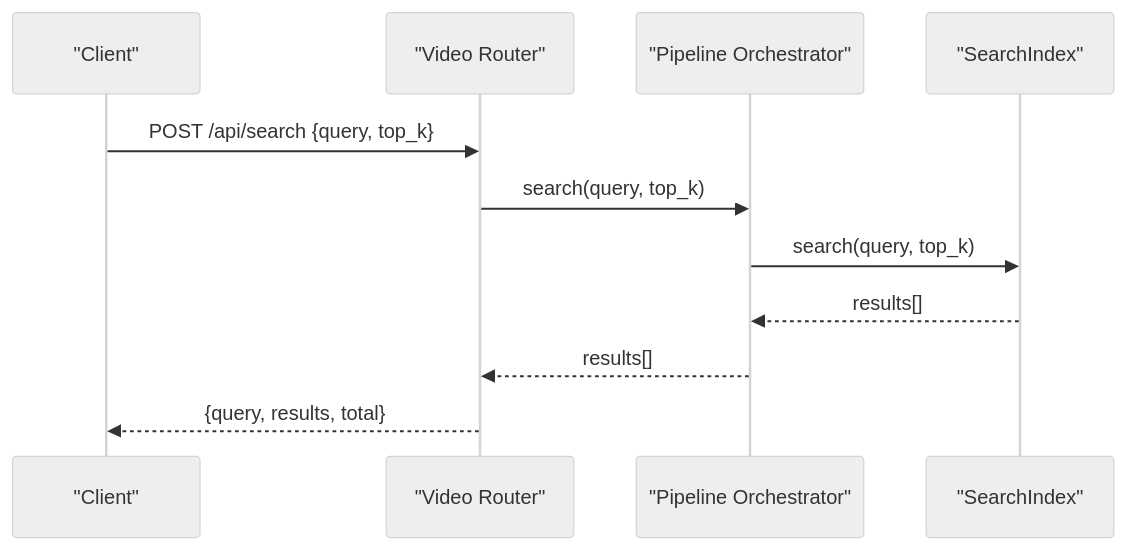
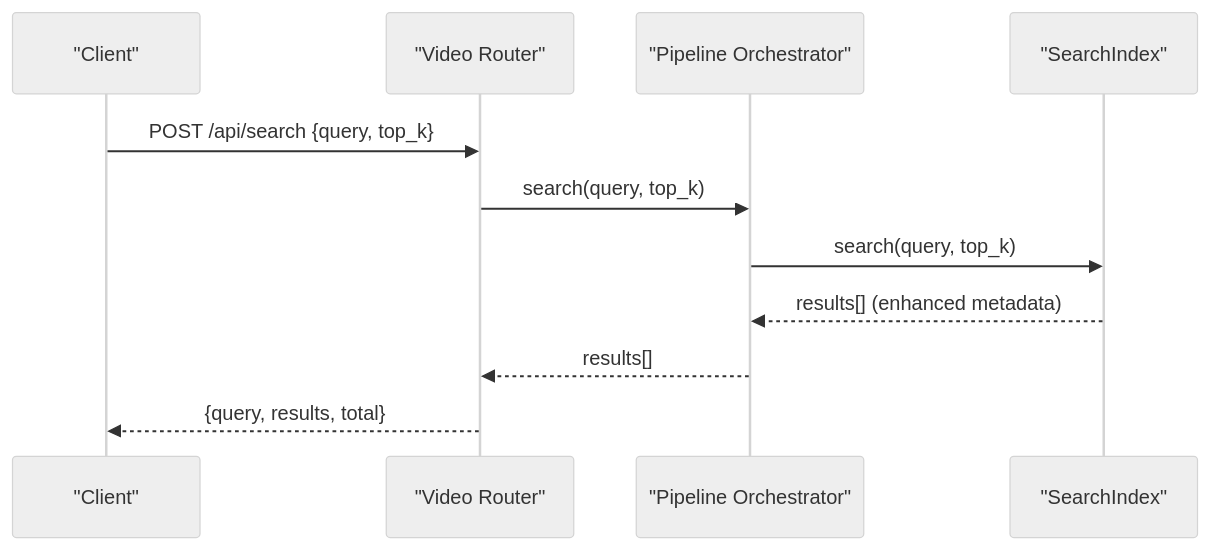
Before and after one commit to alexandreybasta-cyber/dubai-media-ai: the seventh of 9 diagrams in .qoder/repowiki/en/content/Intelligent Search System.md, drawn with Mermaid (neutral theme). The commit also changed other lines of this file and 54 other files, not shown here.

````diff
--- a/.qoder/repowiki/en/content/Intelligent Search System.md
+++ b/.qoder/repowiki/en/content/Intelligent Search System.md
@@ -243,13 +260,13 @@
 ```mermaid
 sequenceDiagram
 participant Client as "Client"
 participant Router as "Video Router"
 participant Orchestrator as "Pipeline Orchestrator"
 participant SearchIndex as "SearchIndex"
 Client->>Router : POST /api/search {query, top_k}
 Router->>Orchestrator : search(query, top_k)
 Orchestrator->>SearchIndex : search(query, top_k)
-SearchIndex-->>Orchestrator : results[]
+SearchIndex-->>Orchestrator : results[] (enhanced metadata)
 Orchestrator-->>Router : results[]
 Router-->>Client : {query, results, total}
 ```
````
